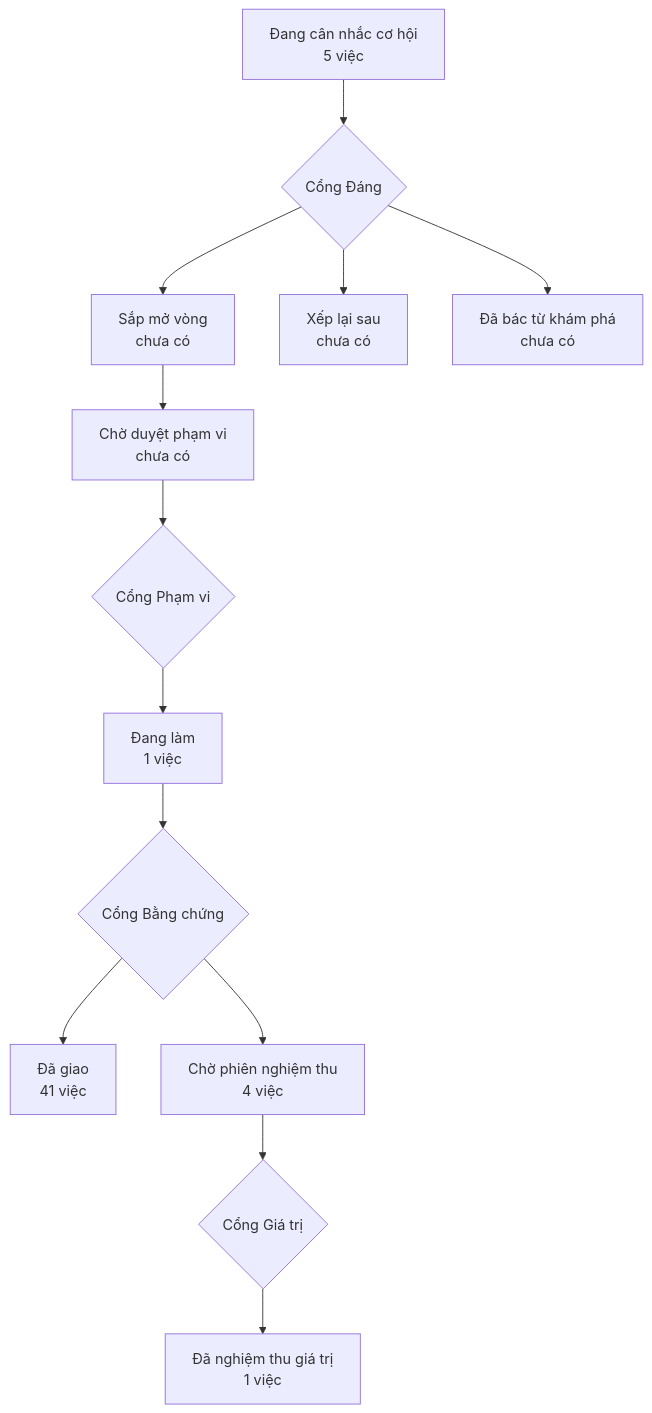
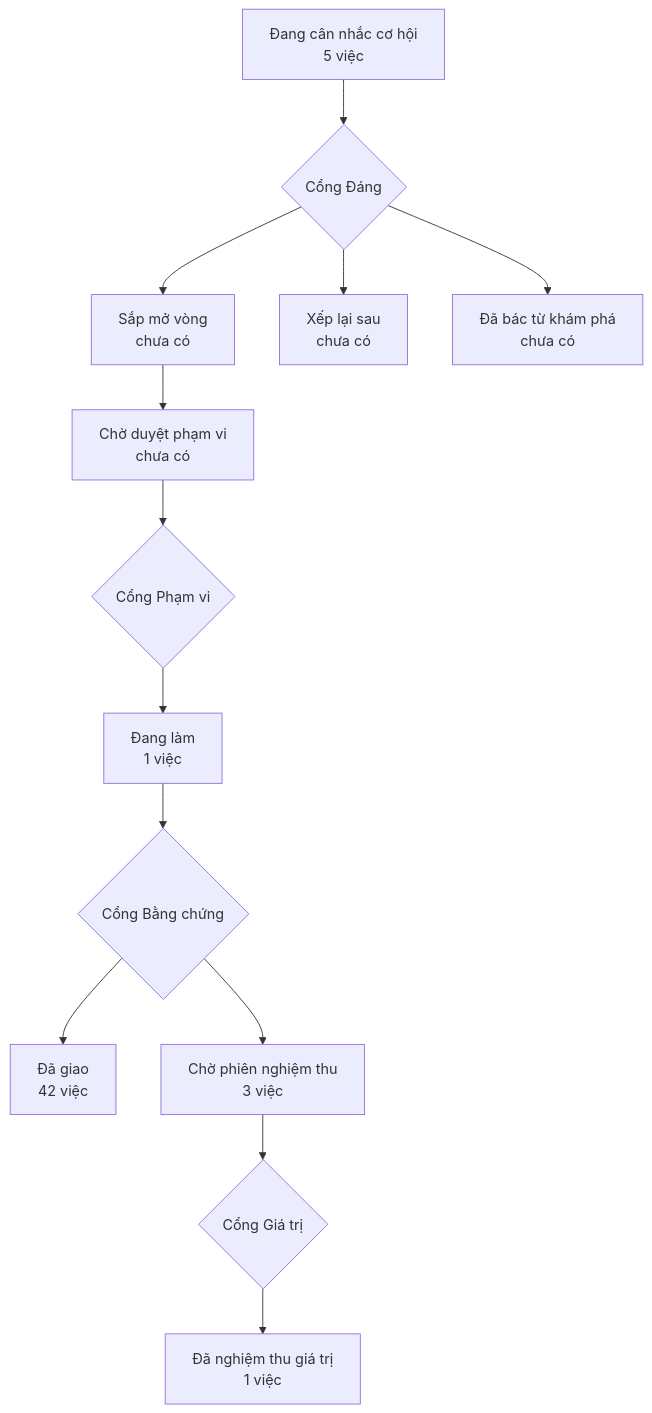
Before and after one commit to phanlemanh/crm-onehub: the diagram in PRODUCT-MAP.md, drawn with Mermaid. The commit also changed other lines of this file and 2 other files, not shown here.

Commit message:
observed: quan-ly-danh-muc-30-ngay — Phan Le Manh

````diff
--- a/PRODUCT-MAP.md
+++ b/PRODUCT-MAP.md
@@ -6,12 +6,12 @@
 ```mermaid
 flowchart TD
   A["Đang cân nhắc cơ hội<br/>5 việc"] --> GD{"Cổng Đáng"}
   GD --> B["Sắp mở vòng<br/>chưa có"]
   GD --> XL["Xếp lại sau<br/>chưa có"]
   GD --> DB["Đã bác từ khám phá<br/>chưa có"]
   B --> CD["Chờ duyệt phạm vi<br/>chưa có"] --> GP{"Cổng Phạm vi"}
   GP --> DL["Đang làm<br/>1 việc"] --> GB{"Cổng Bằng chứng"}
-  GB --> DG["Đã giao<br/>41 việc"]
-  GB --> CN["Chờ phiên nghiệm thu<br/>4 việc"] --> GG{"Cổng Giá trị"}
+  GB --> DG["Đã giao<br/>42 việc"]
+  GB --> CN["Chờ phiên nghiệm thu<br/>3 việc"] --> GG{"Cổng Giá trị"}
   GG --> NT["Đã nghiệm thu giá trị<br/>1 việc"]
 ```
````
